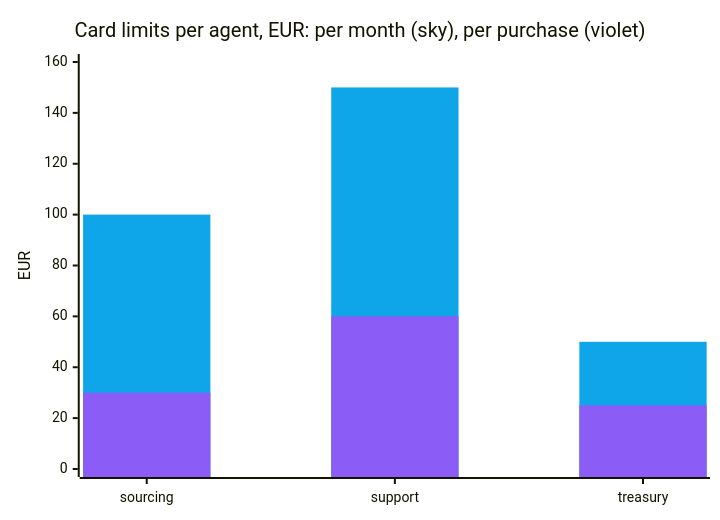
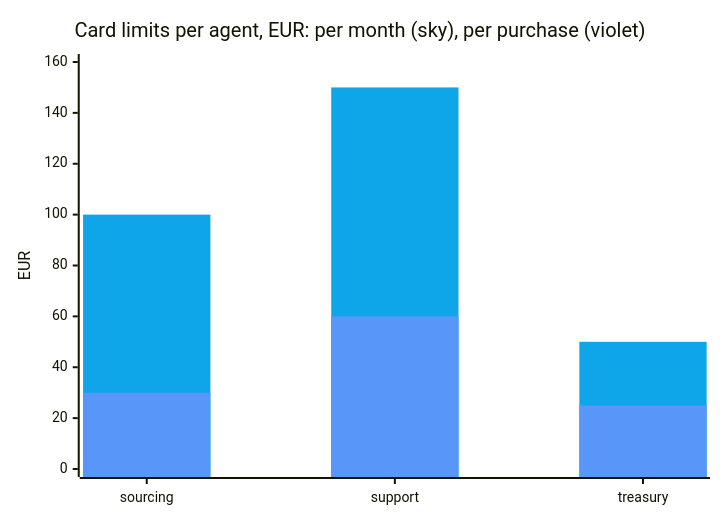
One commit to agamemnon-coder/x402-business-agents changed the first of 3 diagrams in docs/cards-and-clearing.md. Above: the diagram before and after it, drawn with Mermaid. The commit also changed other lines of this file and 184 other files, not shown here.

````diff
--- a/docs/cards-and-clearing.md
+++ b/docs/cards-and-clearing.md
@@ -27,9 +27,9 @@
 ```mermaid
-%%{init: {"themeVariables": {"xyChart": {"plotColorPalette": "#0ea5e9, #8b5cf6"}}}}%%
+%%{init: {"themeVariables": {"xyChart": {"plotColorPalette": "#0ea5e9, #5996f9"}}}}%%
 xychart-beta
   title "Card limits per agent, EUR: per month (sky), per purchase (violet)"
   x-axis ["sourcing", "support", "treasury"]
   y-axis "EUR" 0 --> 160
   bar [100, 150, 50]
   bar [30, 60, 25]
 ```
````
